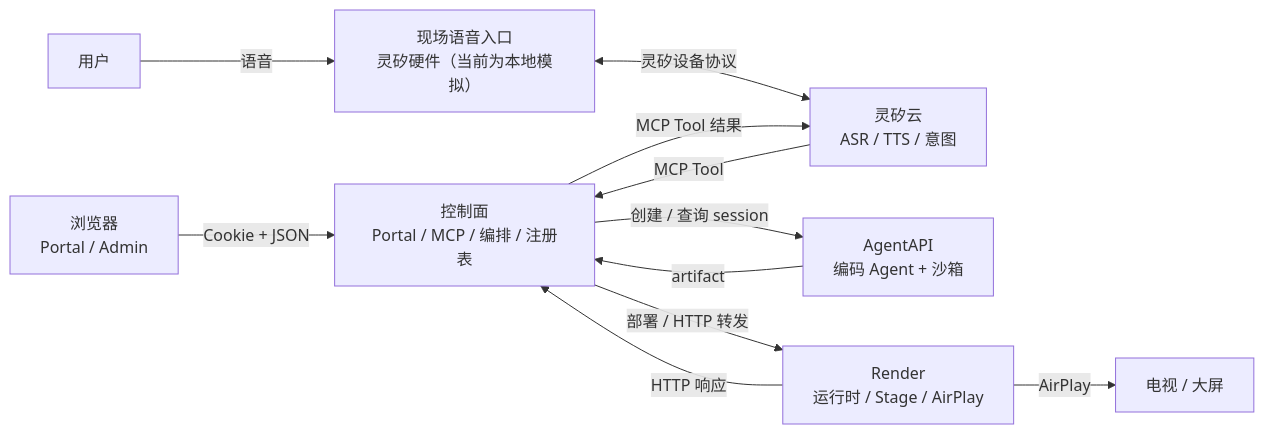
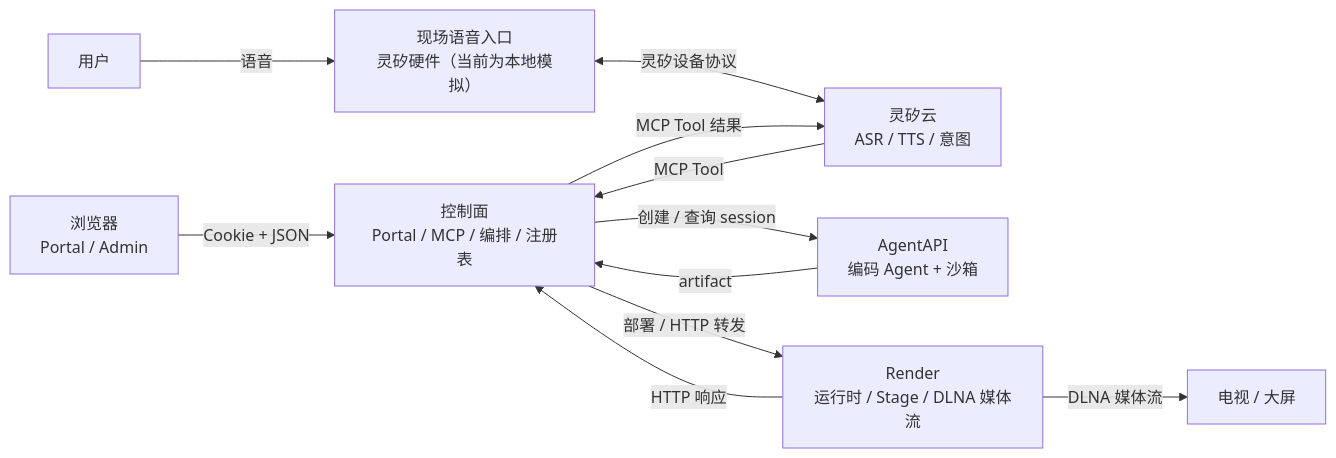
The first of 2 diagrams in docs/architecture.md (open-anywhere/open-anywhere), drawn with Mermaid before and after one commit. The commit also changed other lines of this file and 6 other files, not shown here.

````diff
--- a/docs/architecture.md
+++ b/docs/architecture.md
@@ -84,13 +86,13 @@
 ```mermaid
 flowchart LR
   B["浏览器<br/>Portal / Admin"] -->|Cookie + JSON| C
   U["用户"] -->|语音| V["现场语音入口<br/>灵矽硬件（当前为本地模拟）"]
   V <-->|灵矽设备协议| L["灵矽云<br/>ASR / TTS / 意图"]
   L -->|MCP Tool| C["控制面<br/>Portal / MCP / 编排 / 注册表"]
   C -->|创建 / 查询 session| A["AgentAPI<br/>编码 Agent + 沙箱"]
   A -->|artifact| C
-  C -->|部署 / HTTP 转发| R["Render<br/>运行时 / Stage / AirPlay"]
+  C -->|部署 / HTTP 转发| R["Render<br/>运行时 / Stage / DLNA 媒体流"]
   R -->|HTTP 响应| C
   C -->|MCP Tool 结果| L
-  R -->|AirPlay| T["电视 / 大屏"]
+  R -->|DLNA 媒体流| T["电视 / 大屏"]
 ```
````
